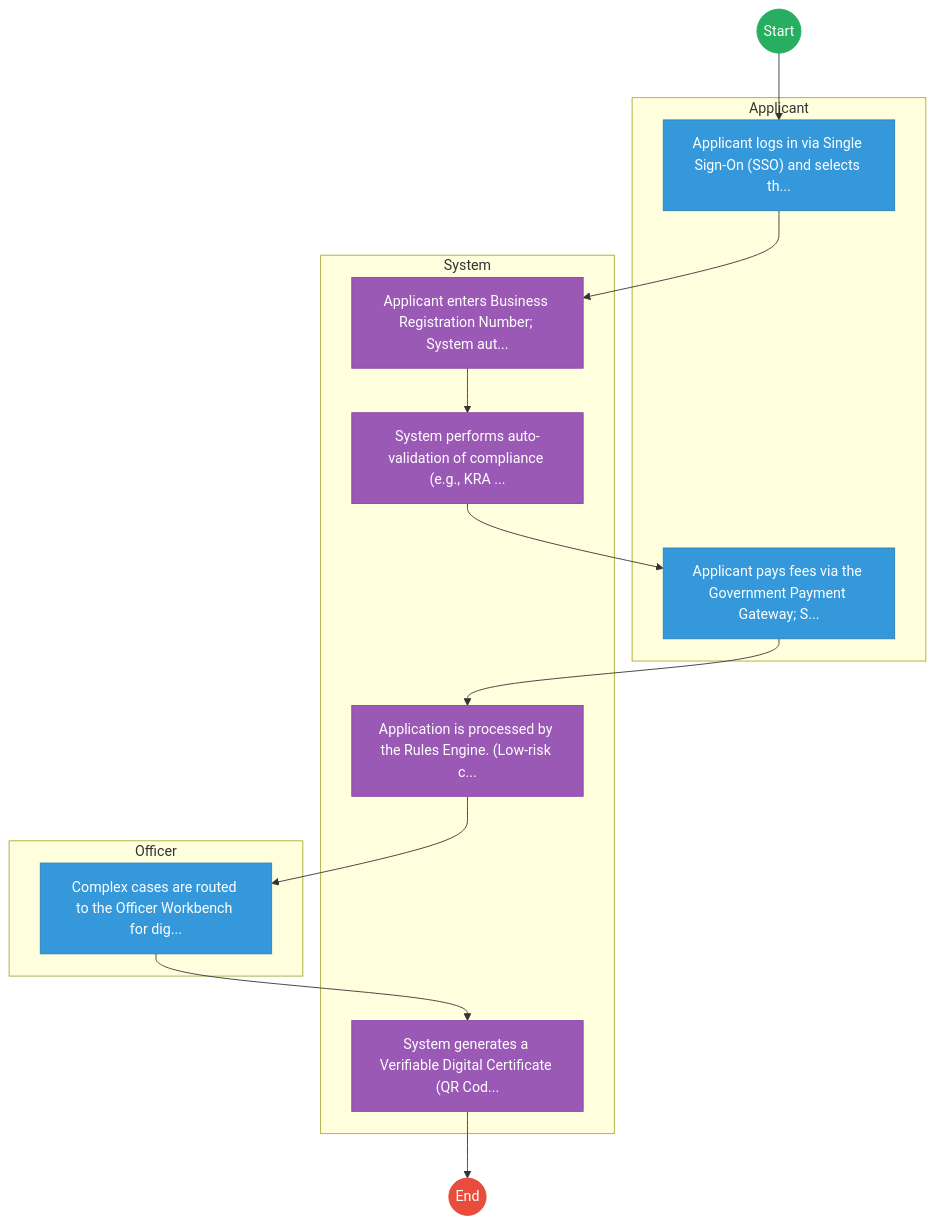
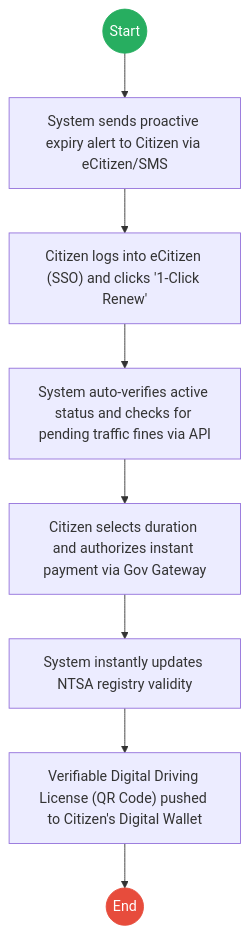
One commit to BITZ-IT-Consulting-LTD/ictapoc changed the second of 2 diagrams in mdas/docs_final/NATIONAL_TRANSPORT_AND_SAFETY_AUTHORITY_NTSA____Driving_License_Renewal.md. Above: the diagram before and after it, drawn with Mermaid. The commit also changed other lines of this file and 4 other files, not shown here.

````diff
--- a/mdas/docs_final/NATIONAL_TRANSPORT_AND_SAFETY_AUTHORITY_NTSA____Driving_License_Renewal.md
+++ b/mdas/docs_final/NATIONAL_TRANSPORT_AND_SAFETY_AUTHORITY_NTSA____Driving_License_Renewal.md
@@ -113,37 +97,15 @@
 ```mermaid
 graph TD
-    Start((Start)) --> S1
-
-    subgraph Applicant [Applicant]
-        S1["Applicant logs in via Single Sign-On (SSO) and selects th..."]
-        S4["Applicant pays fees via the Government Payment Gateway; S..."]
-    end
-
-    subgraph System [System]
-        S2["Applicant enters Business Registration Number; System aut..."]
-        S3["System performs auto-validation of compliance (e.g., KRA ..."]
-        S5["Application is processed by the Rules Engine. (Low-risk c..."]
-        S7["System generates a Verifiable Digital Certificate (QR Cod..."]
-    end
-
-    subgraph Officer [Officer]
-        S6["Complex cases are routed to the Officer Workbench for dig..."]
-    end
-    S1 --> S2
-    S2 --> S3
-    S3 --> S4
-    S4 --> S5
-    S5 --> S6
-    S6 --> S7
-    S7 --> End((End))
+    Start((Start)) --> T1
+    T1["System sends proactive expiry alert to Citizen via eCitizen/SMS"] --> T2
+    T2["Citizen logs into eCitizen (SSO) and clicks '1-Click Renew'"] --> T3
+    T3["System auto-verifies active status and checks for pending traffic fines via API"] --> T4
+    T4["Citizen selects duration and authorizes instant payment via Gov Gateway"] --> T5
+    T5["System instantly updates NTSA registry validity"] --> T6
+    T6["Verifiable Digital Driving License (QR Code) pushed to Citizen's Digital Wallet"] --> End((End))
 
     classDef start fill:#27ae60,stroke:#27ae60,color:#fff;
     classDef endNode fill:#e74c3c,stroke:#e74c3c,color:#fff;
-    classDef userTask fill:#3498db,stroke:#2980b9,color:#fff;
-    classDef serviceTask fill:#9b59b6,stroke:#8e44ad,color:#fff;
-
     class Start start;
     class End endNode;
-    class S1,S4,S6 userTask;
-    class S2,S3,S5,S7 serviceTask;
 ```
````
